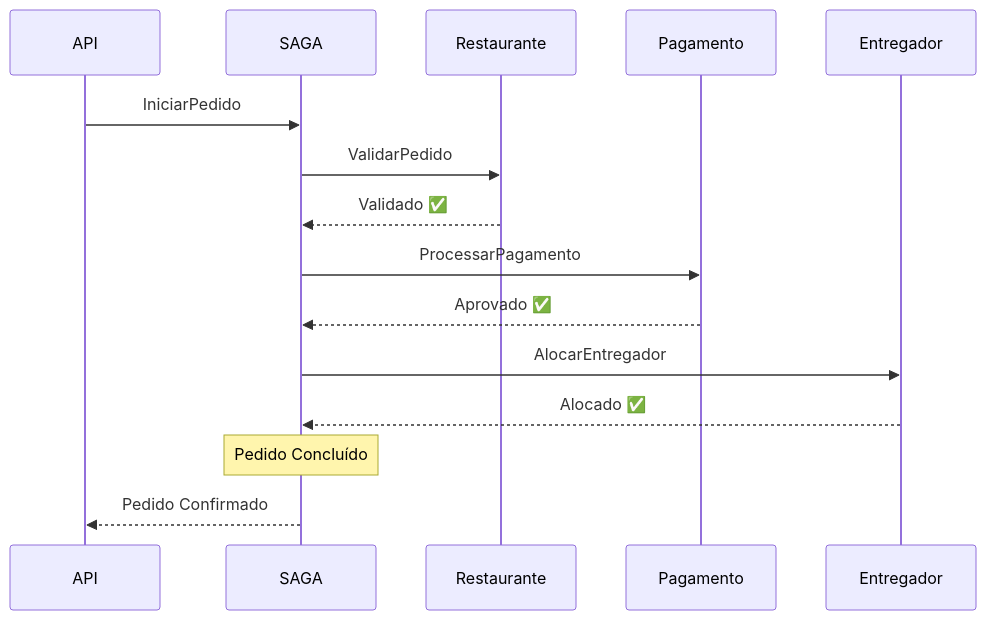
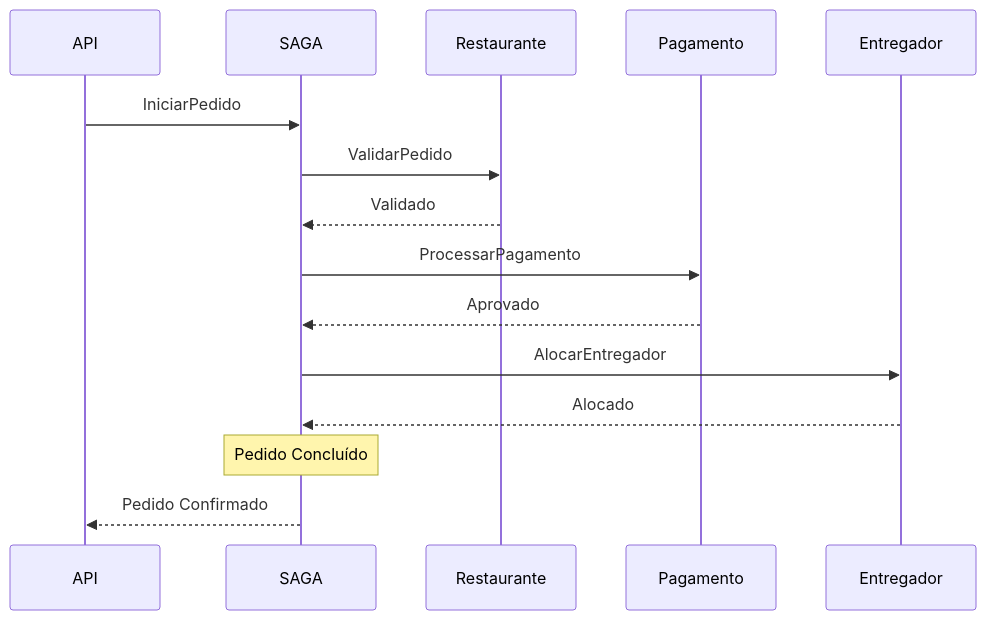
One commit to felipemarcianodev/saga-poc-dotnet changed the third of 9 diagrams in docs/diagramas-compensacao.md. Above: the diagram before and after it, drawn with Mermaid. The commit also changed other lines of this file and 70 other files, not shown here.

````diff
--- a/docs/diagramas-compensacao.md
+++ b/docs/diagramas-compensacao.md
@@ -101,22 +101,22 @@
 ```mermaid
 sequenceDiagram
     participant API
     participant SAGA
     participant Restaurante
     participant Pagamento
     participant Entregador
 
     API->>SAGA: IniciarPedido
 
     SAGA->>Restaurante: ValidarPedido
-    Restaurante-->>SAGA: Validado ✅
+    Restaurante-->>SAGA: Validado
 
     SAGA->>Pagamento: ProcessarPagamento
-    Pagamento-->>SAGA: Aprovado ✅
+    Pagamento-->>SAGA: Aprovado
 
     SAGA->>Entregador: AlocarEntregador
-    Entregador-->>SAGA: Alocado ✅
+    Entregador-->>SAGA: Alocado
 
     Note over SAGA: Pedido Concluído
     SAGA-->>API: Pedido Confirmado
 ```
````
